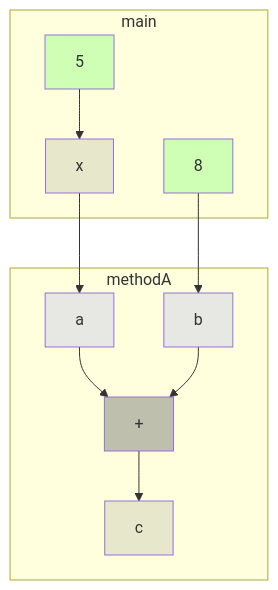
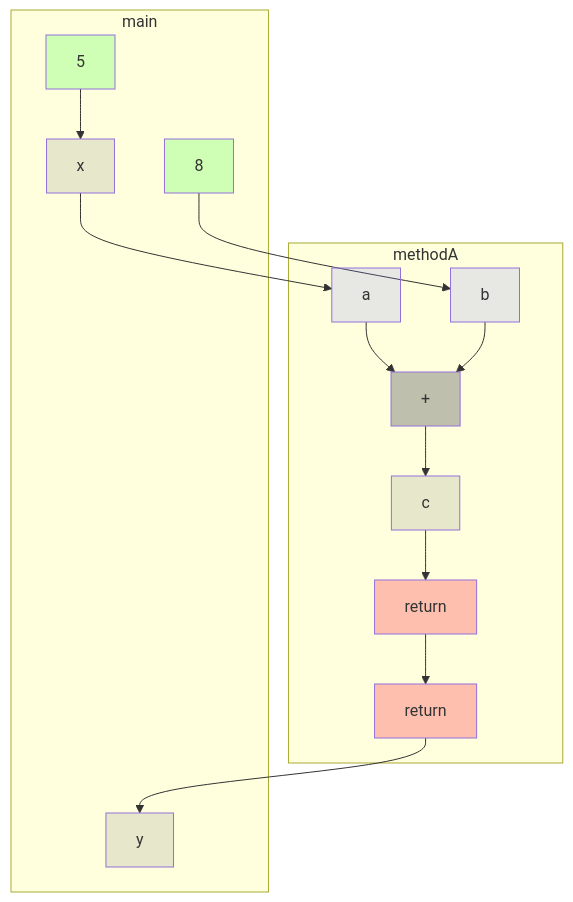
The diagram in app/src/test/resources/funcCall/truth.md (gstiebler/codeflow), drawn with Mermaid before and after one commit. The commit also changed 3 other files, not shown here.

````diff
--- a/app/src/test/resources/funcCall/truth.md
+++ b/app/src/test/resources/funcCall/truth.md
@@ -1,18 +1,21 @@
 ```mermaid
 flowchart TD
   subgraph methodA
-    13[a]:::FUNC_PARAM --> 16[+]:::BIN_OP
-    14[b]:::FUNC_PARAM --> 16[+]:::BIN_OP
-    16[+]:::BIN_OP --> 15[c]:::VARIABLE
+    7[return]:::RETURN --> 6[return]:::RETURN
+    8[a]:::FUNC_PARAM --> 11[+]:::BIN_OP
+    9[b]:::FUNC_PARAM --> 11[+]:::BIN_OP
+    11[+]:::BIN_OP --> 12[c]:::VARIABLE
+    12[c]:::VARIABLE --> 7[return]:::RETURN
   end
   subgraph main
-    9[x]:::VARIABLE --> 13[a]:::FUNC_PARAM
-    10[5]:::LITERAL --> 9[x]:::VARIABLE
-    12[8]:::LITERAL --> 14[b]:::FUNC_PARAM
+    2[x]:::VARIABLE --> 8[a]:::FUNC_PARAM
+    3[5]:::LITERAL --> 2[x]:::VARIABLE
+    5[8]:::LITERAL --> 9[b]:::FUNC_PARAM
+    6[return]:::RETURN --> 4[y]:::VARIABLE
   end
   classDef LITERAL fill:#00FF0030
   classDef VARIABLE fill:#80808030
   classDef BIN_OP fill:#80808080
   classDef FUNC_PARAM fill:#8080FF30
   classDef RETURN fill:#FF808080
 ```
````
